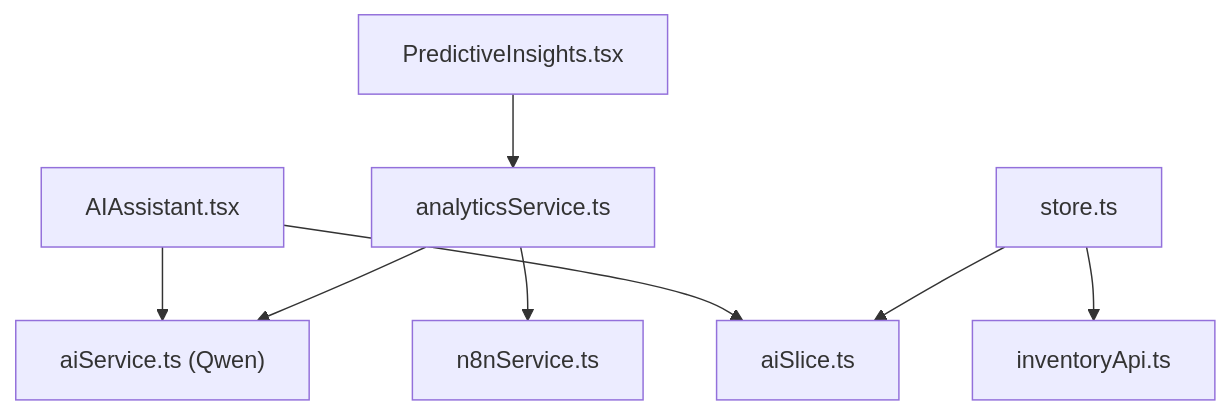
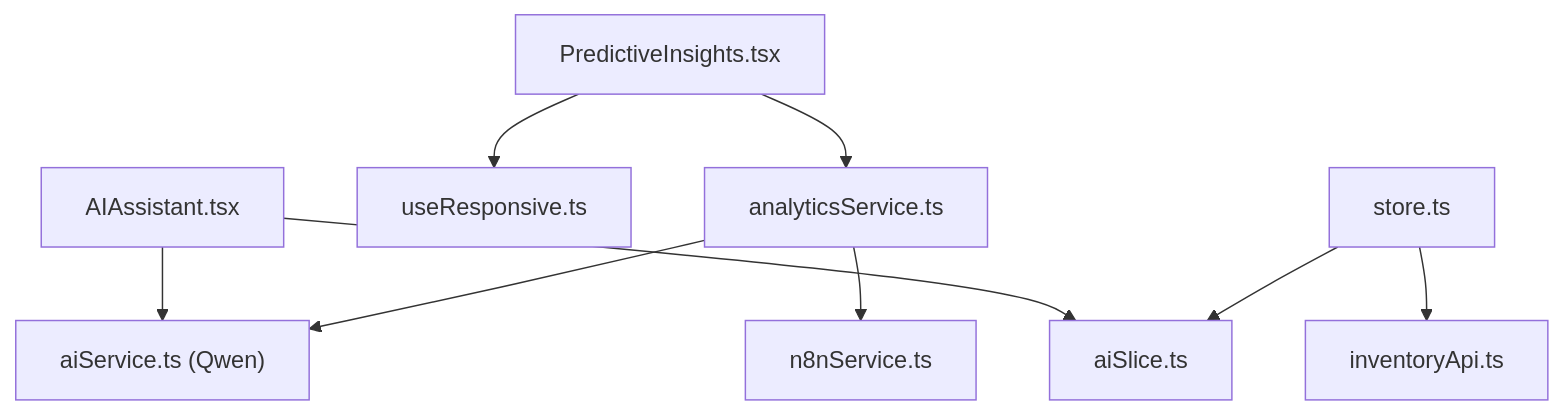
One commit to cacamarica/dashboard-ai changed the eighth of 8 diagrams in .qoder/repowiki/en/content/Core Features/AI Assistant.md. Above: the diagram before and after it, drawn with Mermaid. The commit also changed other lines of this file and 5 other files, not shown here.

````diff
--- a/.qoder/repowiki/en/content/Core Features/AI Assistant.md
+++ b/.qoder/repowiki/en/content/Core Features/AI Assistant.md
@@ -308,10 +388,11 @@
 ```mermaid
 graph TD
 AA["AIAssistant.tsx"] --> AS["aiSlice.ts"]
 AA --> AIS["aiService.ts (Qwen)"]
-PI["PredictiveInsights.tsx"] --> ANS["analyticsService.ts"]
+PI["PredictiveInsights.tsx"] --> UR["useResponsive.ts"]
+PI --> ANS["analyticsService.ts"]
 ANS --> AIS
 ANS --> NS["n8nService.ts"]
 ST["store.ts"] --> AS
 ST --> IA["inventoryApi.ts"]
 ```
````
